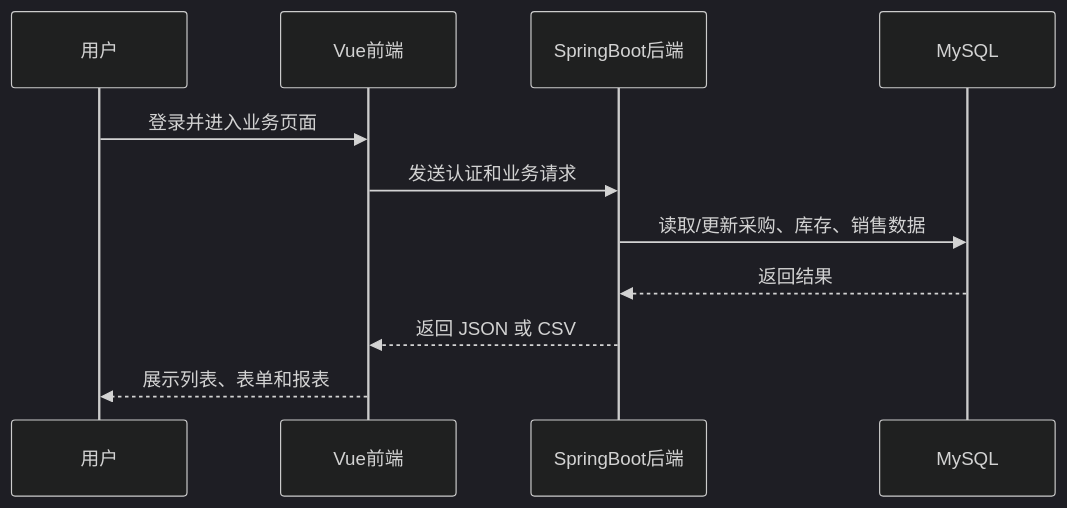
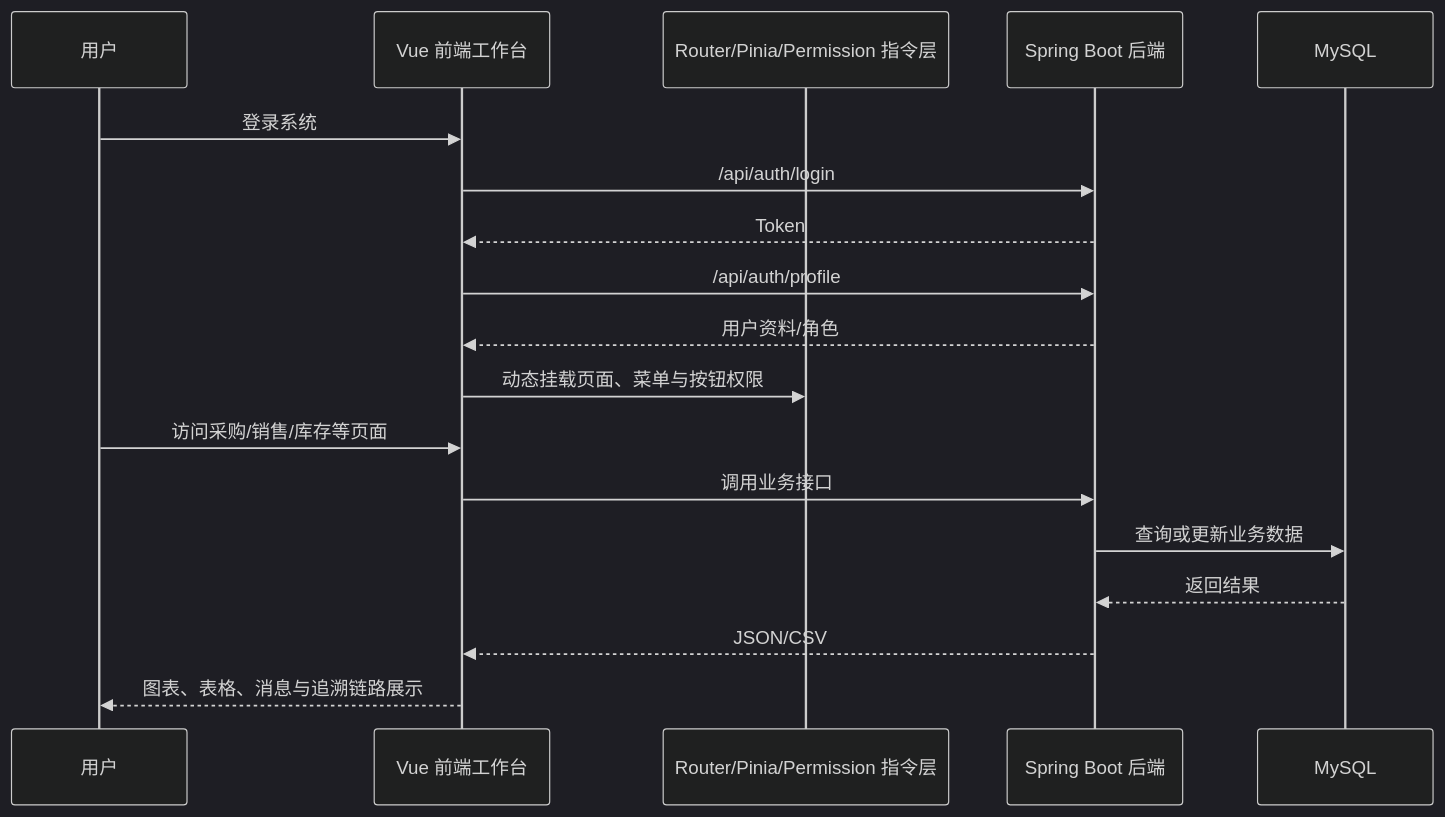
One commit to zcw199604/java-test changed the second of 2 diagrams in helloagents/wiki/arch.md. Above: the diagram before and after it, drawn with Mermaid (dark theme). The commit also changed other lines of this file and 117 other files, not shown here.

````diff
--- a/helloagents/wiki/arch.md
+++ b/helloagents/wiki/arch.md
@@ -27,13 +27,20 @@
 ```mermaid
 sequenceDiagram
     participant U as 用户
-    participant F as Vue前端
-    participant B as SpringBoot后端
+    participant F as Vue 前端工作台
+    participant R as Router/Pinia/Permission 指令层
+    participant B as Spring Boot 后端
     participant DB as MySQL
-    U->>F: 登录并进入业务页面
-    F->>B: 发送认证和业务请求
-    B->>DB: 读取/更新采购、库存、销售数据
+    U->>F: 登录系统
+    F->>B: /api/auth/login
+    B-->>F: Token
+    F->>B: /api/auth/profile
+    B-->>F: 用户资料/角色
+    F->>R: 动态挂载页面、菜单与按钮权限
+    U->>F: 访问采购/销售/库存等页面
+    F->>B: 调用业务接口
+    B->>DB: 查询或更新业务数据
     DB-->>B: 返回结果
-    B-->>F: 返回 JSON 或 CSV
-    F-->>U: 展示列表、表单和报表
+    B-->>F: JSON/CSV
+    F-->>U: 图表、表格、消息与追溯链路展示
 ```
````
